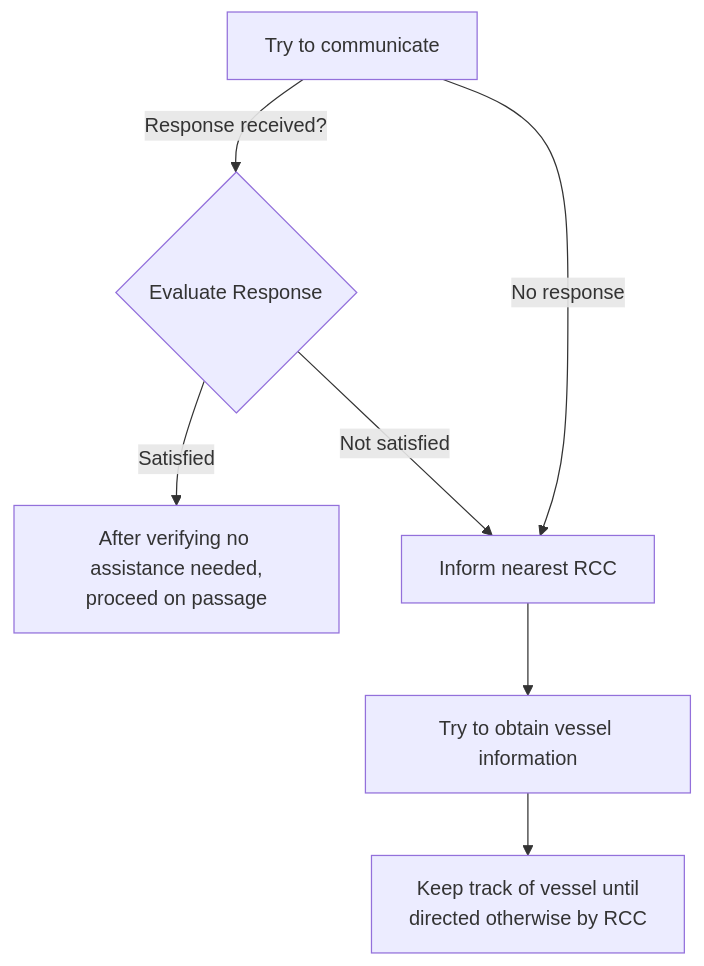
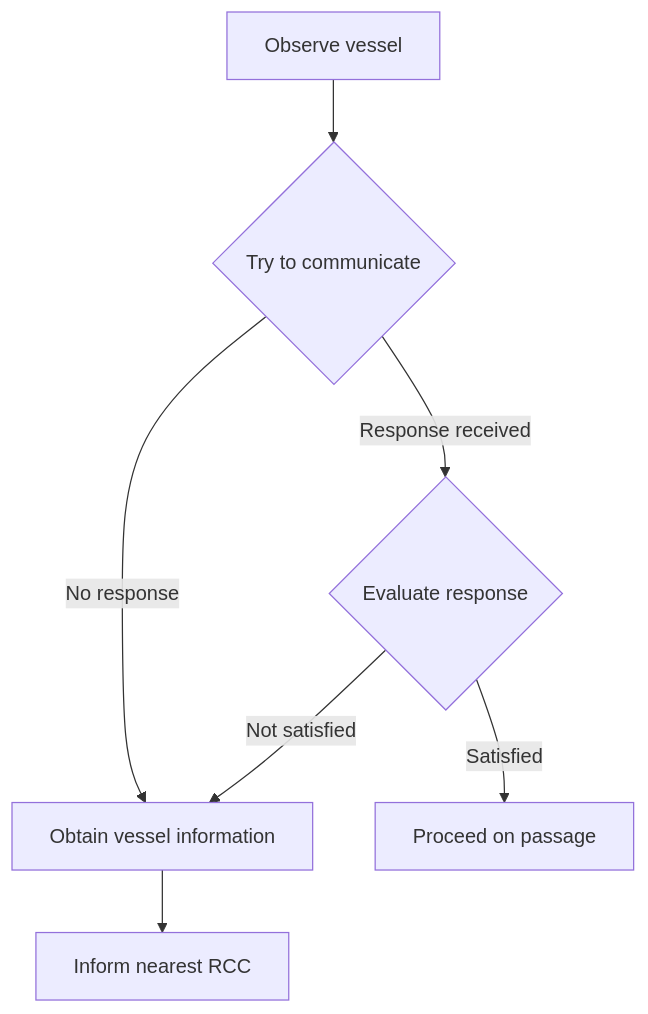
One commit to wonderful-michelakis/danaos_processing changed the first of 2 diagrams in docs/guides/PIPELINE_README.md. Above: the diagram before and after it, drawn with Mermaid. The commit also changed other lines of this file and 8 other files, not shown here.

````diff
--- a/docs/guides/PIPELINE_README.md
+++ b/docs/guides/PIPELINE_README.md
@@ -83,13 +100,14 @@
 ```mermaid
-%% Metadata
 %% entity_id: E003
 %% type: diagram
+%% source_page: 3
+%% confidence: 0.92
 
 graph TD
-    A[Try to communicate] -->|Response received?| B{Evaluate Response}
-    B -->|Satisfied| C[After verifying no assistance needed,<br/>proceed on passage]
-    B -->|Not satisfied| D[Inform nearest RCC]
-    A -->|No response| D
-    D --> E[Try to obtain vessel information]
-    E --> F[Keep track of vessel until<br/>directed otherwise by RCC]
+    A[Observe vessel] --> B{Try to communicate}
+    B -->|Response received| C{Evaluate response}
+    B -->|No response| D[Obtain vessel information]
+    C -->|Satisfied| E[Proceed on passage]
+    C -->|Not satisfied| D
+    D --> F[Inform nearest RCC]
 ```
````
